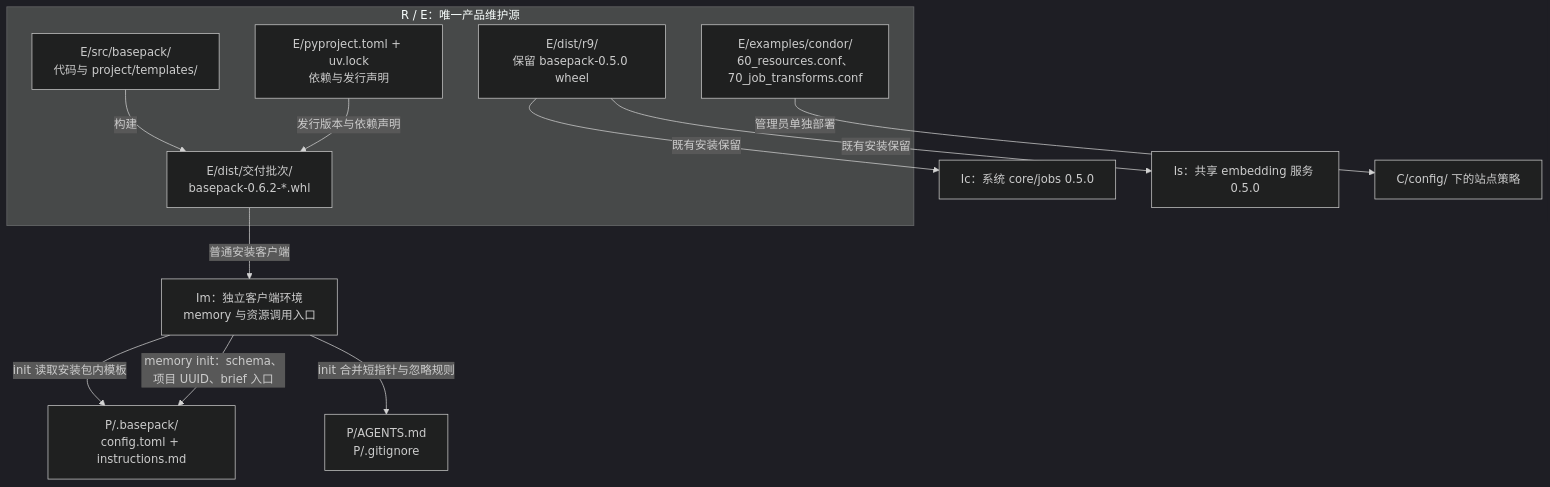
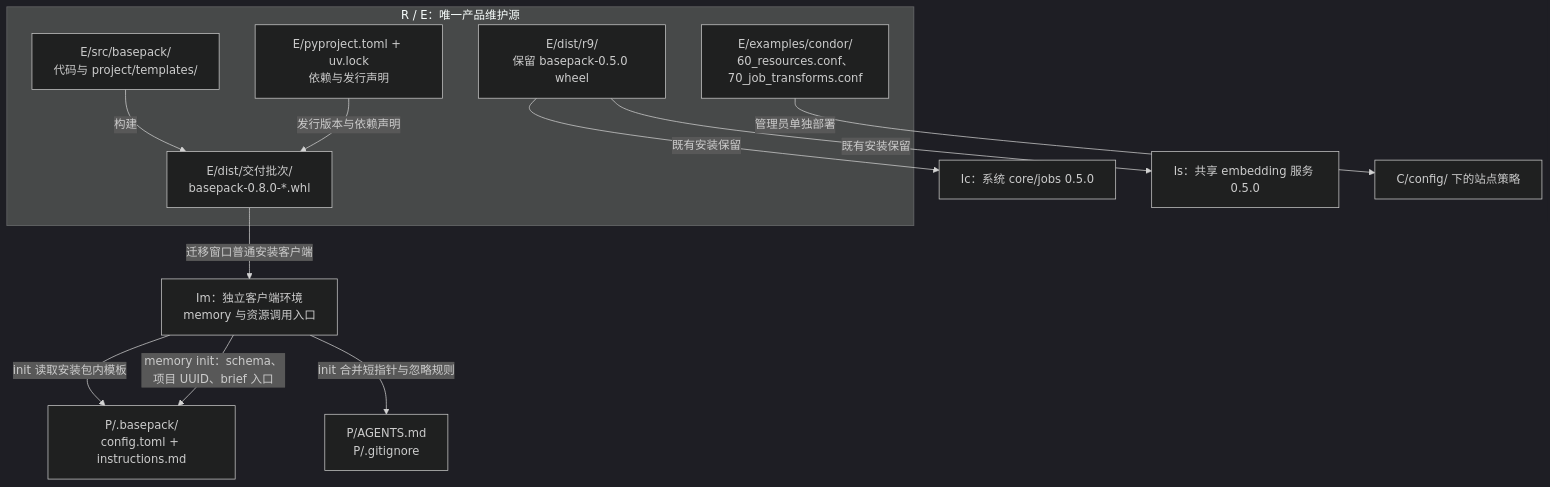
One commit to YS-Pan/basePack changed the first of 8 diagrams in devDoc/system/diagrams.md. Above: the diagram before and after it, drawn with Mermaid (dark theme). The commit also changed other lines of this file and 54 other files, not shown here.

````diff
--- a/devDoc/system/diagrams.md
+++ b/devDoc/system/diagrams.md
@@ -22,19 +22,19 @@
 ```mermaid
 flowchart TB
   subgraph source["R / E：唯一产品维护源"]
     code["E/src/basepack/<br/>代码与 project/templates/"]
     deps["E/pyproject.toml + uv.lock<br/>依赖与发行声明"]
-    wheel["E/dist/交付批次/<br/>basepack-0.6.2-*.whl"]
+    wheel["E/dist/交付批次/<br/>basepack-0.8.0-*.whl"]
     r9["E/dist/r9/<br/>保留 basepack-0.5.0 wheel"]
     policy["E/examples/condor/<br/>60_resources.conf、70_job_transforms.conf"]
     code -->|构建| wheel
     deps -->|发行版本与依赖声明| wheel
   end
-  wheel -->|普通安装客户端| memory["Im：独立客户端环境<br/>memory 与资源调用入口"]
+  wheel -->|迁移窗口普通安装客户端| memory["Im：独立客户端环境<br/>memory 与资源调用入口"]
   r9 -->|既有安装保留| core["Ic：系统 core/jobs 0.5.0"]
   r9 -->|既有安装保留| service["Is：共享 embedding 服务 0.5.0"]
   policy -->|管理员单独部署| condor["C/config/ 下的站点策略"]
   memory -->|init 读取安装包内模板| instance["P/.basepack/<br/>config.toml + instructions.md"]
   memory -->|init 合并短指针与忽略规则| entry["P/AGENTS.md<br/>P/.gitignore"]
   memory -->|memory init：schema、项目 UUID、brief 入口| instance
 ```
````
